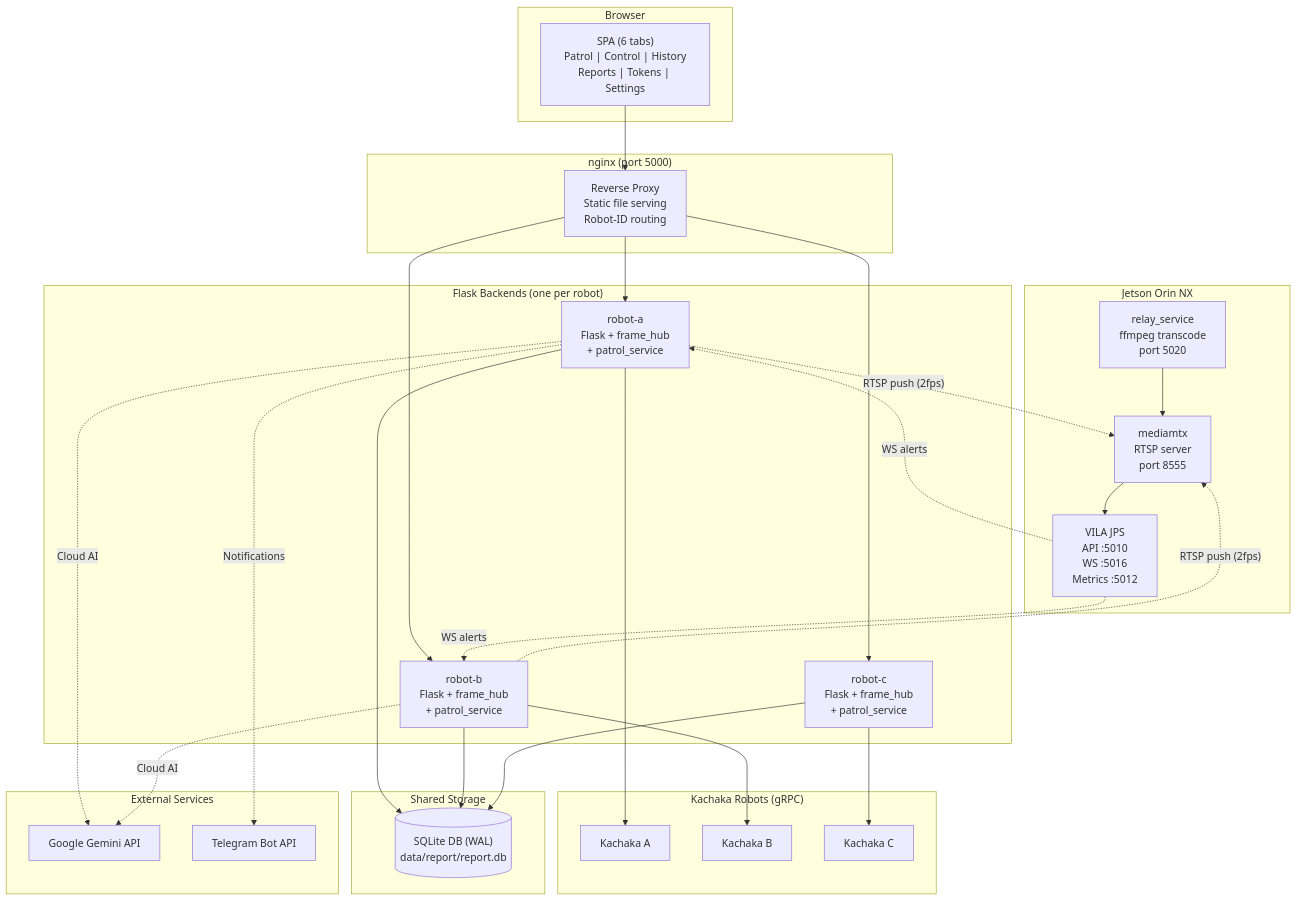
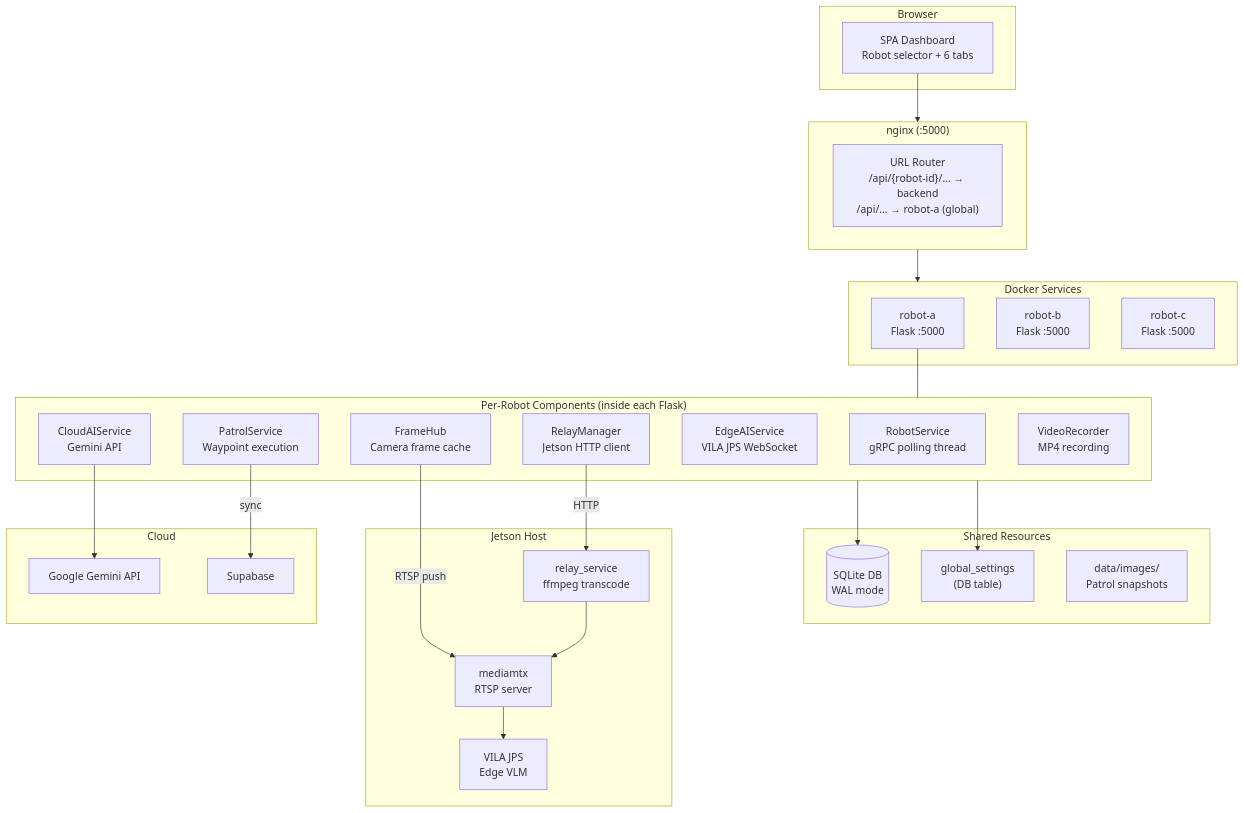
The first of 6 diagrams in docs/architecture.md (sigmarobotics/visual-patrol), drawn with Mermaid before and after one commit. The commit also changed other lines of this file and 2 other files, not shown here.

First line of the commit message:
docs: rewrite README and architecture docs with Mermaid diagrams

````diff
--- a/docs/architecture.md
+++ b/docs/architecture.md
@@ -7,57 +11,52 @@
 ```mermaid
-graph TD
-    subgraph Browser
-        SPA["SPA (6 tabs)<br/>Patrol | Control | History<br/>Reports | Tokens | Settings"]
+graph TB
+    subgraph Browser["Browser"]
+        UI["SPA Dashboard<br/>Robot selector + 6 tabs"]
     end
 
-    subgraph "nginx (port 5000)"
-        PROXY["Reverse Proxy<br/>Static file serving<br/>Robot-ID routing"]
+    subgraph Nginx["nginx (:5000)"]
+        Router["URL Router<br/>/api/{robot-id}/... → backend<br/>/api/... → robot-a (global)"]
     end
 
-    subgraph "Flask Backends (one per robot)"
-        FA["robot-a<br/>Flask + frame_hub<br/>+ patrol_service"]
-        FB["robot-b<br/>Flask + frame_hub<br/>+ patrol_service"]
-        FC["robot-c<br/>Flask + frame_hub<br/>+ patrol_service"]
+    subgraph Docker["Docker Services"]
+        RobotA["robot-a<br/>Flask :5000"]
+        RobotB["robot-b<br/>Flask :5000"]
+        RobotC["robot-c<br/>Flask :5000"]
     end
 
-    subgraph "Kachaka Robots (gRPC)"
-        KA["Kachaka A"]
-        KB["Kachaka B"]
-        KC["Kachaka C"]
+    subgraph PerRobot["Per-Robot Components (inside each Flask)"]
+        RS["RobotService<br/>gRPC polling thread"]
+        FH["FrameHub<br/>Camera frame cache"]
+        PS["PatrolService<br/>Waypoint execution"]
+        Cloud["CloudAIService<br/>Gemini API"]
+        Edge["EdgeAIService<br/>VILA JPS WebSocket"]
+        RM["RelayManager<br/>Jetson HTTP client"]
+        VR["VideoRecorder<br/>MP4 recording"]
     end
 
-    subgraph "Shared Storage"
-        DB[("SQLite DB (WAL)<br/>data/report/report.db")]
+    subgraph Shared["Shared Resources"]
+        DB[(SQLite DB<br/>WAL mode)]
+        Settings["global_settings<br/>(DB table)"]
+        Images["data/images/<br/>Patrol snapshots"]
     end
 
-    subgraph "Jetson Orin NX"
-        MTX["mediamtx<br/>RTSP server<br/>port 8555"]
-        JPS["VILA JPS<br/>API :5010<br/>WS :5016<br/>Metrics :5012"]
-        RELAY["relay_service<br/>ffmpeg transcode<br/>port 5020"]
+    subgraph Jetson["Jetson Host"]
+        Relay["relay_service<br/>ffmpeg transcode"]
+        MTX["mediamtx<br/>RTSP server"]
+        VILA["VILA JPS<br/>Edge VLM"]
     end
 
-    subgraph "External Services"
-        GEMINI["Google Gemini API"]
-        TG["Telegram Bot API"]
+    subgraph CloudSvc["Cloud"]
+        Gemini["Google Gemini API"]
+        Supabase["Supabase"]
     end
 
-    SPA --> PROXY
-    PROXY --> FA
-    PROXY --> FB
-    PROXY --> FC
-    FA --> KA
-    FB --> KB
-    FC --> KC
-    FA --> DB
-    FB --> DB
-    FC --> DB
-    FA -. "RTSP push (2fps)" .-> MTX
-    FB -. "RTSP push (2fps)" .-> MTX
-    MTX --> JPS
-    RELAY --> MTX
-    FA -. "Cloud AI" .-> GEMINI
-    FB -. "Cloud AI" .-> GEMINI
-    FA -. "Notifications" .-> TG
-    JPS -. "WS alerts" .-> FA
-    JPS -. "WS alerts" .-> FB
+    UI --> Nginx --> Docker
+    RobotA --- PerRobot
+    PerRobot --> DB
+    PerRobot --> Settings
+    FH -->|"RTSP push"| MTX
+    RM -->|"HTTP"| Relay --> MTX --> VILA
+    Cloud --> Gemini
+    PS -->|"sync"| Supabase
 ```
````
